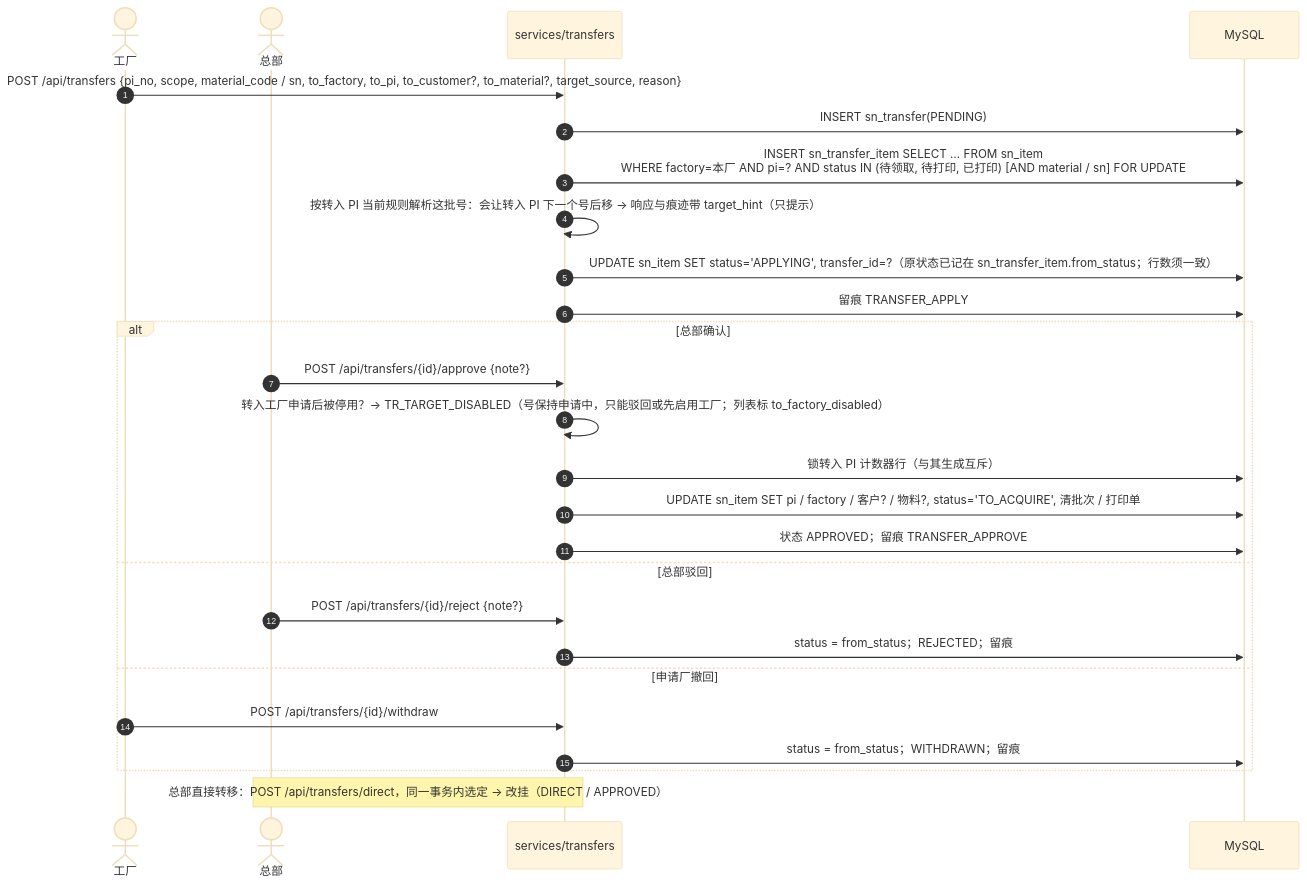
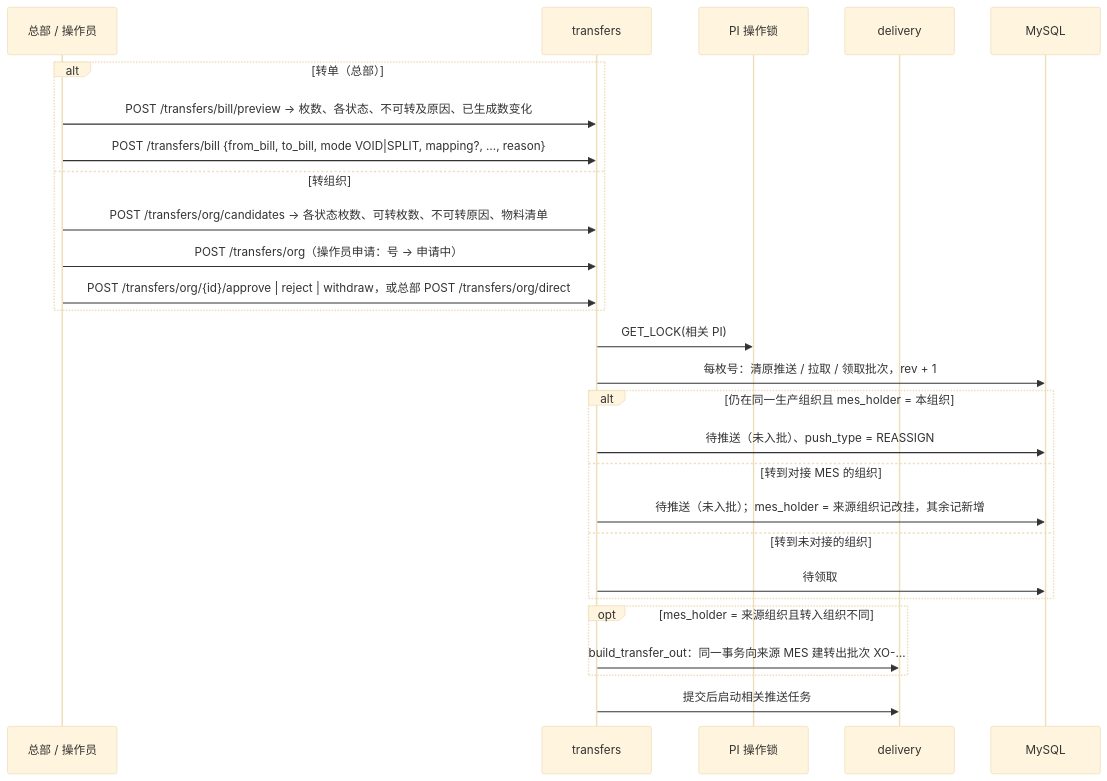
Diagram 13 of 14 in docs/技术文档.md (Createsnow/sn-center), drawn with Mermaid (base theme) before and after one commit. The commit also changed other lines of this file and 83 other files, not shown here.

````diff
--- a/docs/技术文档.md
+++ b/docs/技术文档.md
@@ -420,28 +513,29 @@
 ```mermaid
 sequenceDiagram
-    autonumber
-    actor F as 工厂
-    actor H as 总部
-    participant T as services/transfers
+    participant U as 总部 / 操作员
+    participant T as transfers
+    participant L as PI 操作锁
+    participant D as delivery
     participant DB as MySQL
-    F->>T: POST /api/transfers {pi_no, scope, material_code / sn, to_factory, to_pi, to_customer?, to_material?, target_source, reason}
-    T->>DB: INSERT sn_transfer(PENDING)
-    T->>DB: INSERT sn_transfer_item SELECT … FROM sn_item<br/>WHERE factory=本厂 AND pi=? AND status IN (待领取, 待打印, 已打印) [AND material / sn] FOR UPDATE
-    T->>T: 按转入 PI 当前规则解析这批号：会让转入 PI 下一个号后移 → 响应与痕迹带 target_hint（只提示）
-    T->>DB: UPDATE sn_item SET status='APPLYING', transfer_id=?（原状态已记在 sn_transfer_item.from_status；行数须一致）
-    T->>DB: 留痕 TRANSFER_APPLY
-    alt 总部确认
-        H->>T: POST /api/transfers/{id}/approve {note?}
-        T->>T: 转入工厂申请后被停用？→ TR_TARGET_DISABLED（号保持申请中，只能驳回或先启用工厂；列表标 to_factory_disabled）
-        T->>DB: 锁转入 PI 计数器行（与其生成互斥）
-        T->>DB: UPDATE sn_item SET pi / factory / 客户? / 物料?, status='TO_ACQUIRE', 清批次 / 打印单
-        T->>DB: 状态 APPROVED；留痕 TRANSFER_APPROVE
-    else 总部驳回
-        H->>T: POST /api/transfers/{id}/reject {note?}
-        T->>DB: status = from_status；REJECTED；留痕
-    else 申请厂撤回
-        F->>T: POST /api/transfers/{id}/withdraw
-        T->>DB: status = from_status；WITHDRAWN；留痕
+    alt 转单（总部）
+        U->>T: POST /transfers/bill/preview → 枚数、各状态、不可转及原因、已生成数变化
+        U->>T: POST /transfers/bill {from_bill, to_bill, mode VOID|SPLIT, mapping?, …, reason}
+    else 转组织
+        U->>T: POST /transfers/org/candidates → 各状态枚数、可转枚数、不可转原因、物料清单
+        U->>T: POST /transfers/org（操作员申请：号 → 申请中）
+        U->>T: POST /transfers/org/{id}/approve | reject | withdraw，或总部 POST /transfers/org/direct
     end
-    Note over H,T: 总部直接转移：POST /api/transfers/direct，同一事务内选定 → 改挂（DIRECT / APPROVED）
+    T->>L: GET_LOCK(相关 PI)
+    T->>DB: 每枚号：清原推送 / 拉取 / 领取批次，rev + 1
+    alt 仍在同一生产组织且 mes_holder = 本组织
+        T->>DB: 待推送（未入批）、push_type = REASSIGN
+    else 转到对接 MES 的组织
+        T->>DB: 待推送（未入批）；mes_holder = 来源组织记改挂，其余记新增
+    else 转到未对接的组织
+        T->>DB: 待领取
+    end
+    opt mes_holder = 来源组织且转入组织不同
+        T->>D: build_transfer_out：同一事务向来源 MES 建转出批次 XO-…
+    end
+    T->>D: 提交后启动相关推送任务
 ```
````
